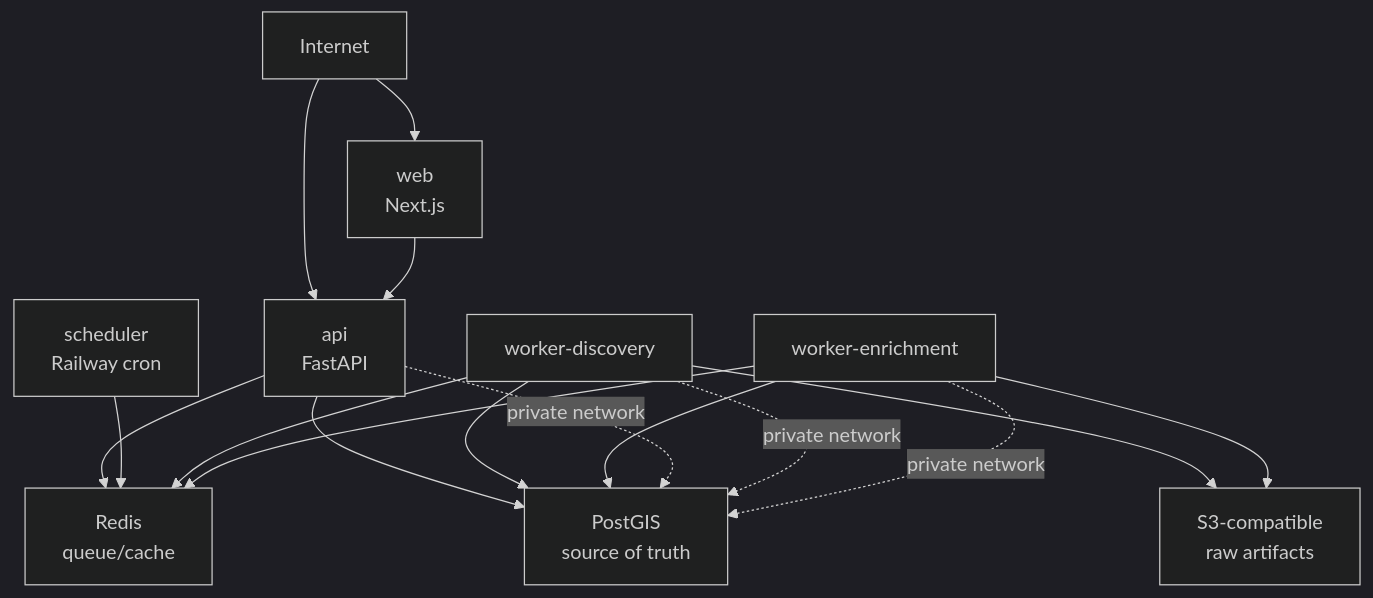
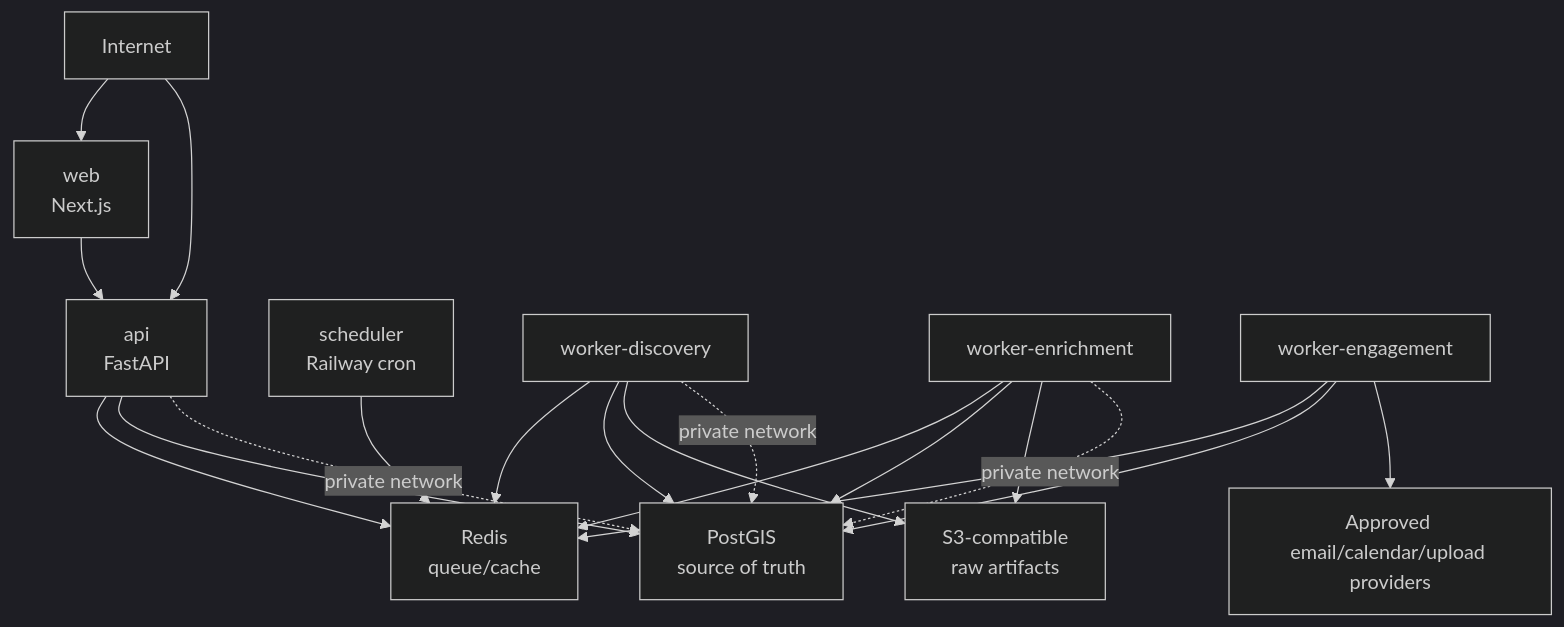
Before and after one commit to worldofhacks/seekandscore: the diagram in docs/RAILWAY_DEPLOYMENT.md, drawn with Mermaid (dark theme). The commit also changed other lines of this file and 20 other files, not shown here.

````diff
--- a/docs/RAILWAY_DEPLOYMENT.md
+++ b/docs/RAILWAY_DEPLOYMENT.md
@@ -46,21 +46,25 @@
 ```mermaid
 flowchart TB
   Internet --> Web["web<br/>Next.js"]
   Internet --> API["api<br/>FastAPI"]
   Web --> API
 
   API --> Redis["Redis<br/>queue/cache"]
   API --> PostGIS["PostGIS<br/>source of truth"]
 
   Scheduler["scheduler<br/>Railway cron"] --> Redis
   Discovery["worker-discovery"] --> Redis
   Discovery --> PostGIS
   Discovery --> Objects["S3-compatible<br/>raw artifacts"]
   Enrichment["worker-enrichment"] --> Redis
   Enrichment --> PostGIS
   Enrichment --> Objects
 
+  Engagement["worker-engagement"] --> Redis
+  Engagement --> PostGIS
+  Engagement --> Providers["Approved email/calendar/upload providers"]
+
   API -. private network .-> PostGIS
   Discovery -. private network .-> PostGIS
   Enrichment -. private network .-> PostGIS
 ```
````
